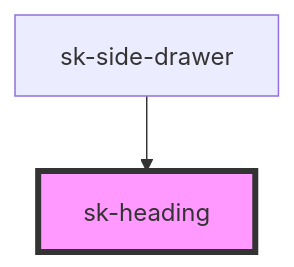
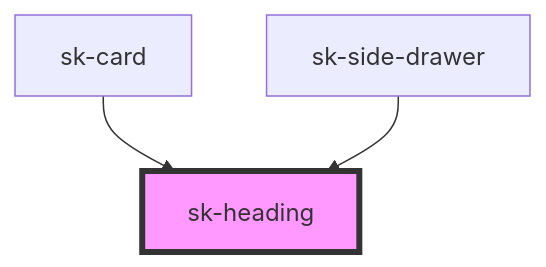
Before and after one commit to shincke/sk-toolkit: the diagram in web-components-stencil/src/components/sk-heading/readme.md, drawn with Mermaid. The commit also changed other lines of this file and 16 other files, not shown here.

````diff
--- a/web-components-stencil/src/components/sk-heading/readme.md
+++ b/web-components-stencil/src/components/sk-heading/readme.md
@@ -23,5 +24,6 @@
 ```mermaid
 graph TD;
+  sk-card --> sk-heading
   sk-side-drawer --> sk-heading
   style sk-heading fill:#f9f,stroke:#333,stroke-width:4px
 ```
````
